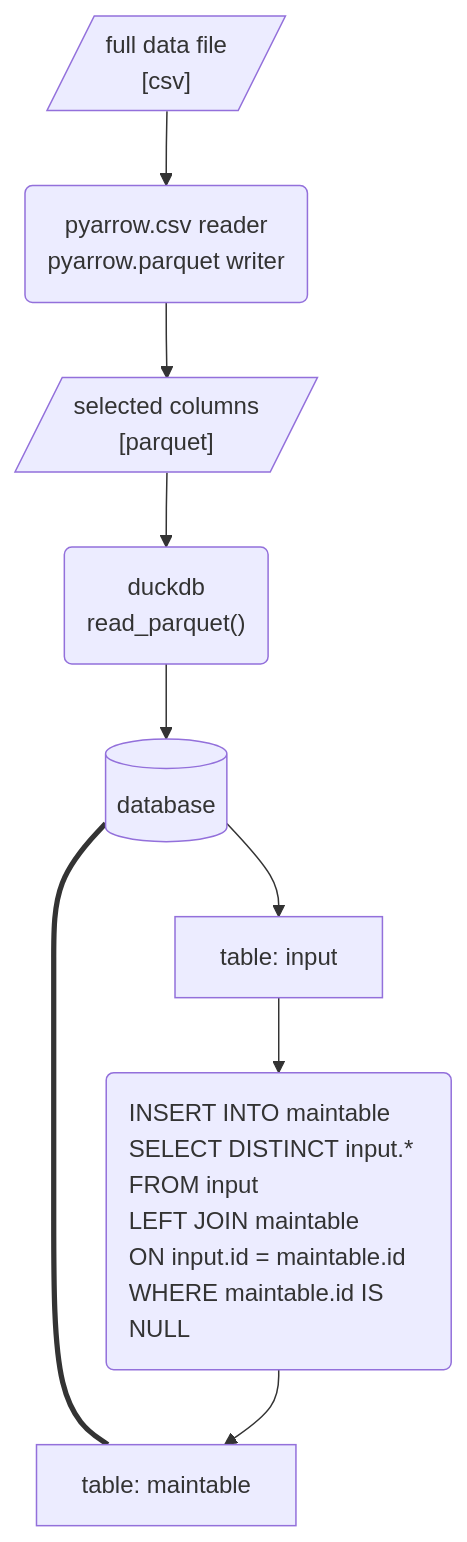
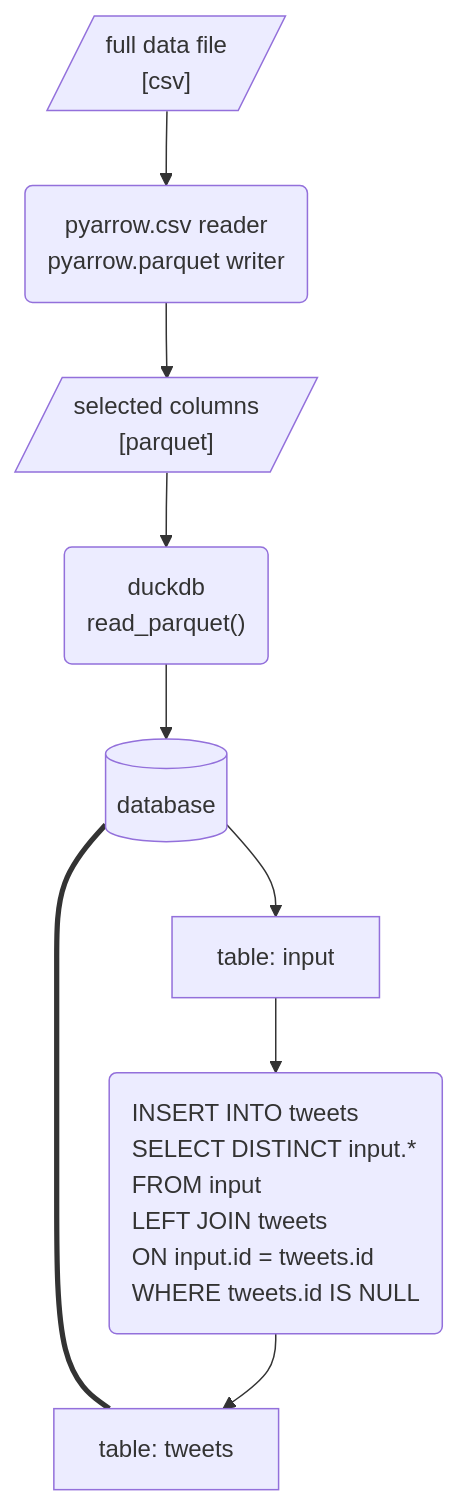
Before and after one commit to medialab/enlinkenment: the first of 2 diagrams in README.md, drawn with Mermaid. The commit also changed other lines of this file, not shown here.

````diff
--- a/README.md
+++ b/README.md
@@ -67,11 +68,10 @@
 ```mermaid
 flowchart TD
 
 input[/"full data file\n[csv]"/] -->pyarrow(pyarrow.csv reader\npyarrow.parquet writer)-->parquet[/"selected columns\n[parquet]"/]
 parquet-->dbimport("duckdb\nread_parquet()")-->db[(database)]
 db-->inputtable[table: input]
-db===maintable[table: maintable]
-inputtable-->merge(INSERT INTO maintable\nSELECT DISTINCT input.*\nFROM input\nLEFT JOIN maintable\nON input.id = maintable.id\nWHERE maintable.id IS NULL)-->maintable
+db===maintable[table: tweets]
+inputtable-->merge(INSERT INTO tweets\nSELECT DISTINCT input.*\nFROM input\nLEFT JOIN tweets\nON input.id = tweets.id\nWHERE tweets.id IS NULL)-->maintable
 style merge text-align:left
-
 ```
````
